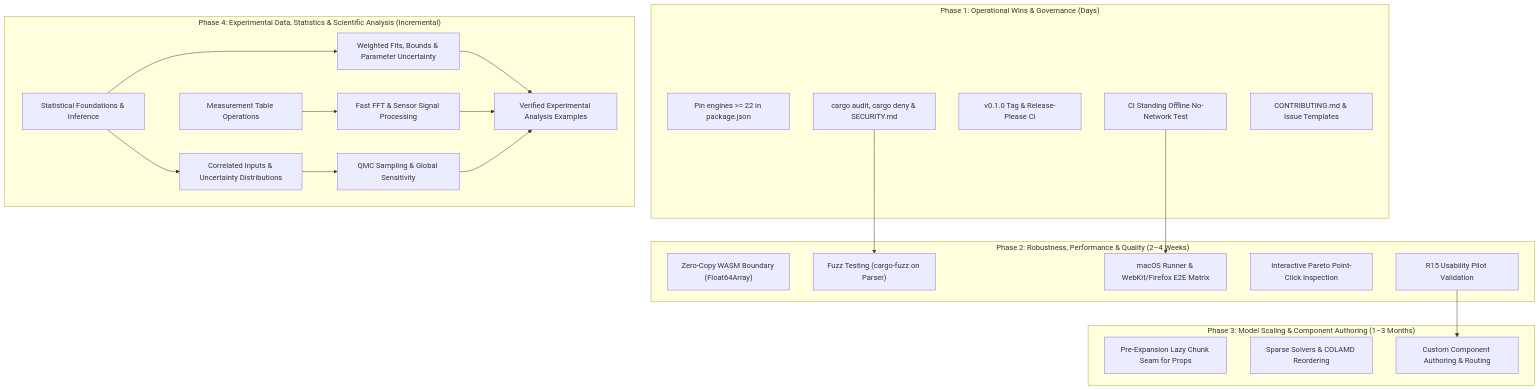
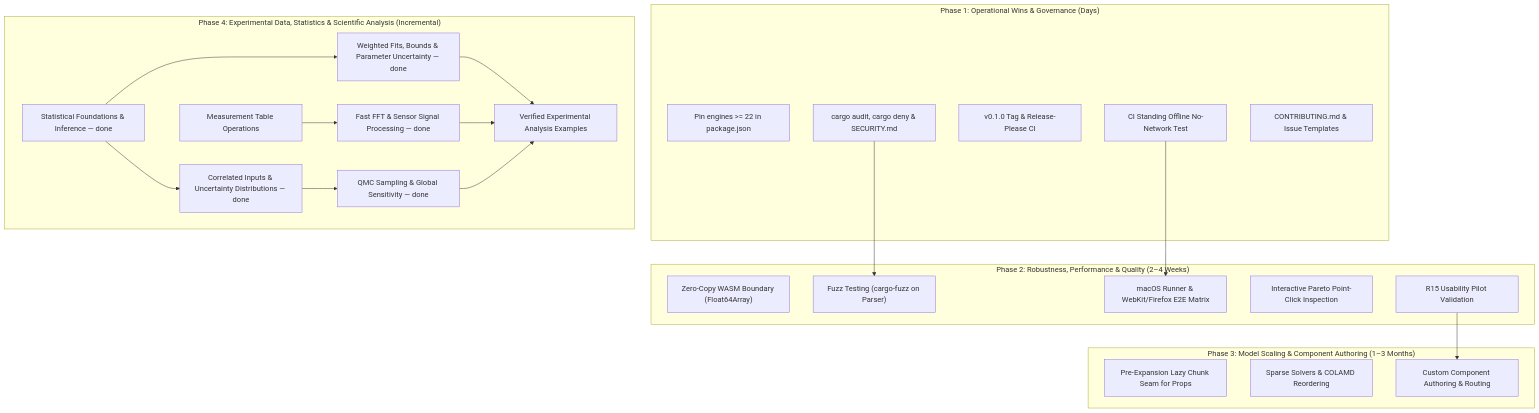
The diagram in NEXT_STEPS.md (ernsoylu/frEES), drawn with Mermaid before and after one commit. The commit also changed other lines of this file and 35 other files, not shown here.

First line of the commit message:
Phase 4.3 correlated uncertainty, 4.5 signal processing, 4.6 sensitivity, 4.2 calibration (#23)

````diff
--- a/NEXT_STEPS.md
+++ b/NEXT_STEPS.md
@@ -21,45 +22,45 @@
 ```mermaid
 graph TD
     subgraph "Phase 1: Operational Wins & Governance (Days)"
         P1_Eng["Pin engines >= 22 in package.json"]
         P1_Sec["cargo audit, cargo deny & SECURITY.md"]
         P1_Rel["v0.1.0 Tag & Release-Please CI"]
         P1_Off["CI Standing Offline No-Network Test"]
         P1_Gov["CONTRIBUTING.md & Issue Templates"]
     end
 
     subgraph "Phase 2: Robustness, Performance & Quality (2–4 Weeks)"
         P2_ZC["Zero-Copy WASM Boundary (Float64Array)"]
         P2_Fuzz["Fuzz Testing (cargo-fuzz on Parser)"]
         P2_Cross["macOS Runner & WebKit/Firefox E2E Matrix"]
         P2_Pareto["Interactive Pareto Point-Click Inspection"]
         P2_Pilot["R15 Usability Pilot Validation"]
     end
 
     subgraph "Phase 3: Model Scaling & Component Authoring (1–3 Months)"
         P3_Lazy["Pre-Expansion Lazy Chunk Seam for Props"]
         P3_Sparse["Sparse Solvers & COLAMD Reordering"]
         P3_Custom["Custom Component Authoring & Routing"]
     end
 
     subgraph "Phase 4: Experimental Data, Statistics & Scientific Analysis (Incremental)"
-        P4_Stats["Statistical Foundations & Inference"]
-        P4_Fit["Weighted Fits, Bounds & Parameter Uncertainty"]
-        P4_Unc["Correlated Inputs & Uncertainty Distributions"]
+        P4_Stats["Statistical Foundations & Inference — done"]
+        P4_Fit["Weighted Fits, Bounds & Parameter Uncertainty — done"]
+        P4_Unc["Correlated Inputs & Uncertainty Distributions — done"]
         P4_Data["Measurement Table Operations"]
-        P4_Signal["Fast FFT & Sensor Signal Processing"]
-        P4_Global["QMC Sampling & Global Sensitivity"]
+        P4_Signal["Fast FFT & Sensor Signal Processing — done"]
+        P4_Global["QMC Sampling & Global Sensitivity — done"]
         P4_Validate["Verified Experimental Analysis Examples"]
     end
 
     P1_Sec --> P2_Fuzz
     P1_Off --> P2_Cross
     P2_Pilot --> P3_Custom
     P4_Stats --> P4_Fit
     P4_Stats --> P4_Unc
     P4_Unc --> P4_Global
     P4_Data --> P4_Signal
     P4_Fit --> P4_Validate
     P4_Signal --> P4_Validate
     P4_Global --> P4_Validate
 ```
````
